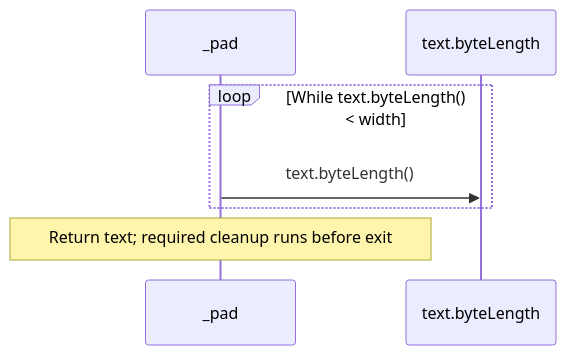
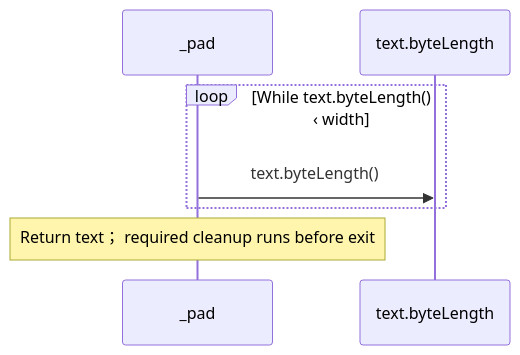
One commit to GreenPandaStudios/augscript changed the eighth of 9 diagrams in src/stdlib/values/dates.aug.diagrams.md. Above: the diagram before and after it, drawn with Mermaid. The commit also changed other lines of this file and 524 other files, not shown here.

Commit message:
Explain checked data flow at folder and service levels

````diff
--- a/src/stdlib/values/dates.aug.diagrams.md
+++ b/src/stdlib/values/dates.aug.diagrams.md
@@ -180,9 +200,9 @@
 ```mermaid
 sequenceDiagram
     participant p0 as _pad
     participant p1 as text.byteLength
-    loop While text.byteLength() #60; width
+    loop While text.byteLength() ‹ width
     p0->>p1: text.byteLength()
     end
-    Note over p0: Return text#59; required cleanup runs before exit
+    Note over p0: Return text； required cleanup runs before exit
 ```
````
